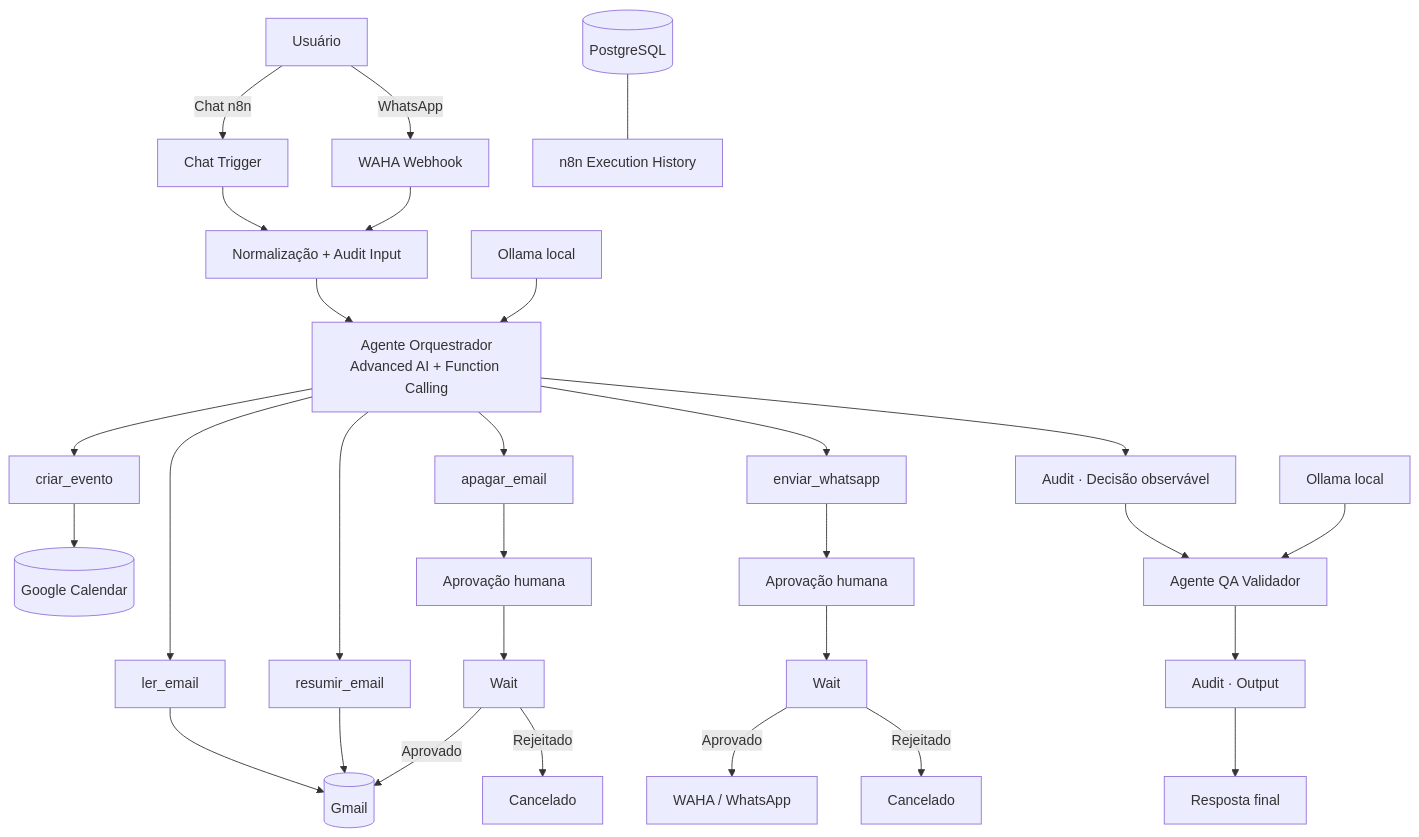
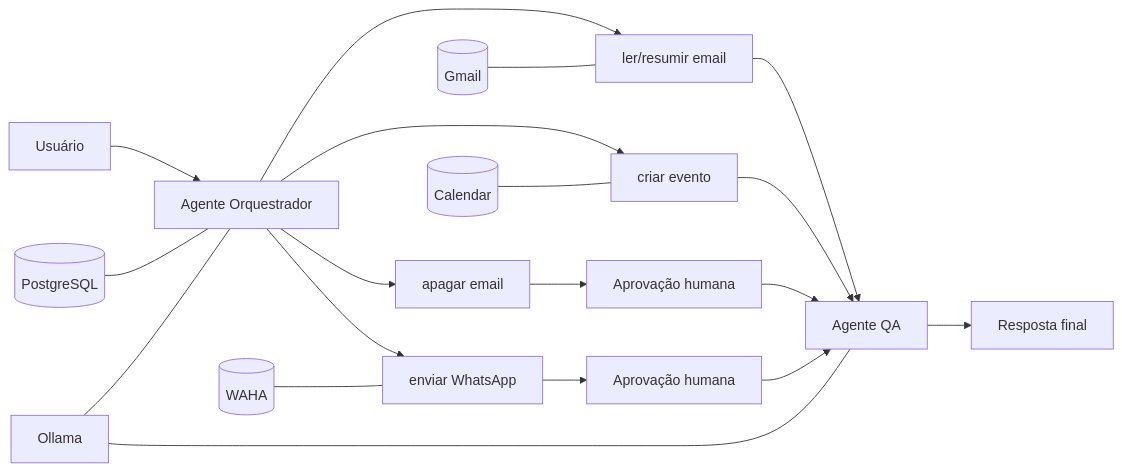
One commit to berger33/leadflow-local-first changed the diagram in README.md. Above: the diagram before and after it, drawn with Mermaid. The commit also changed other lines of this file and 7 other files, not shown here.

````diff
--- a/README.md
+++ b/README.md
@@ -197,38 +15,22 @@
 ```mermaid
-flowchart TD
-    U[Usuário] -->|Chat n8n| CT[Chat Trigger]
-    U -->|WhatsApp| WA[WAHA Webhook]
-    CT --> N[Normalização + Audit Input]
-    WA --> N
+flowchart LR
+    U[Usuário] --> A[Agente Orquestrador]
+    A --> R[ler/resumir email]
+    A --> C[criar evento]
+    A --> D[apagar email]
+    A --> W[enviar WhatsApp]
+    D --> H1[Aprovação humana]
+    W --> H2[Aprovação humana]
+    R --> Q[Agente QA]
+    C --> Q
+    H1 --> Q
+    H2 --> Q
+    Q --> O[Resposta final]
 
-    N --> A1[Agente Orquestrador\nAdvanced AI + Function Calling]
-    O1[Ollama local] --> A1
-
-    A1 --> T1[ler_email]
-    A1 --> T2[resumir_email]
-    A1 --> T3[apagar_email]
-    A1 --> T4[enviar_whatsapp]
-    A1 --> T5[criar_evento]
-
-    T1 --> Gmail[(Gmail)]
-    T2 --> Gmail
-    T5 --> Cal[(Google Calendar)]
-
-    T3 --> AP1[Aprovação humana]
-    AP1 --> W1[Wait]
-    W1 -->|Aprovado| Gmail
-    W1 -->|Rejeitado| RJ1[Cancelado]
-
-    T4 --> AP2[Aprovação humana]
-    AP2 --> W2[Wait]
-    W2 -->|Aprovado| WAPI[WAHA / WhatsApp]
-    W2 -->|Rejeitado| RJ2[Cancelado]
-
-    A1 --> AUD[Audit · Decisão observável]
-    AUD --> A2[Agente QA Validador]
-    O2[Ollama local] --> A2
-    A2 --> OUT[Audit · Output]
-    OUT --> RESP[Resposta final]
-
-    PG[(PostgreSQL)] --- N8N[n8n Execution History]
+    G[(Gmail)] --- R
+    CAL[(Calendar)] --- C
+    WA[(WAHA)] --- W
+    PG[(PostgreSQL)] --- A
+    OL[Ollama] --- A
+    OL --- Q
 ```
````
